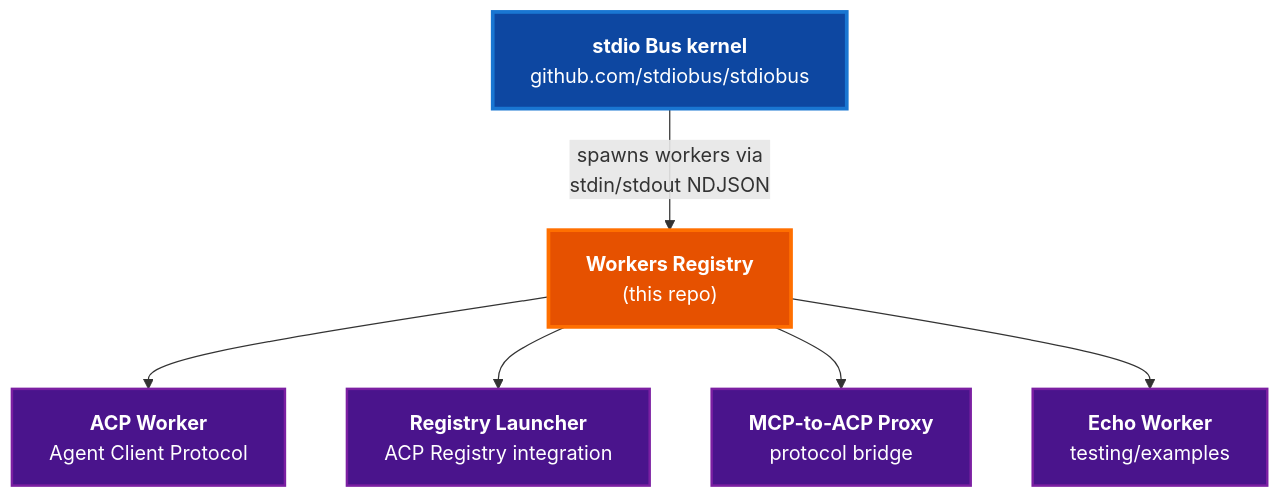
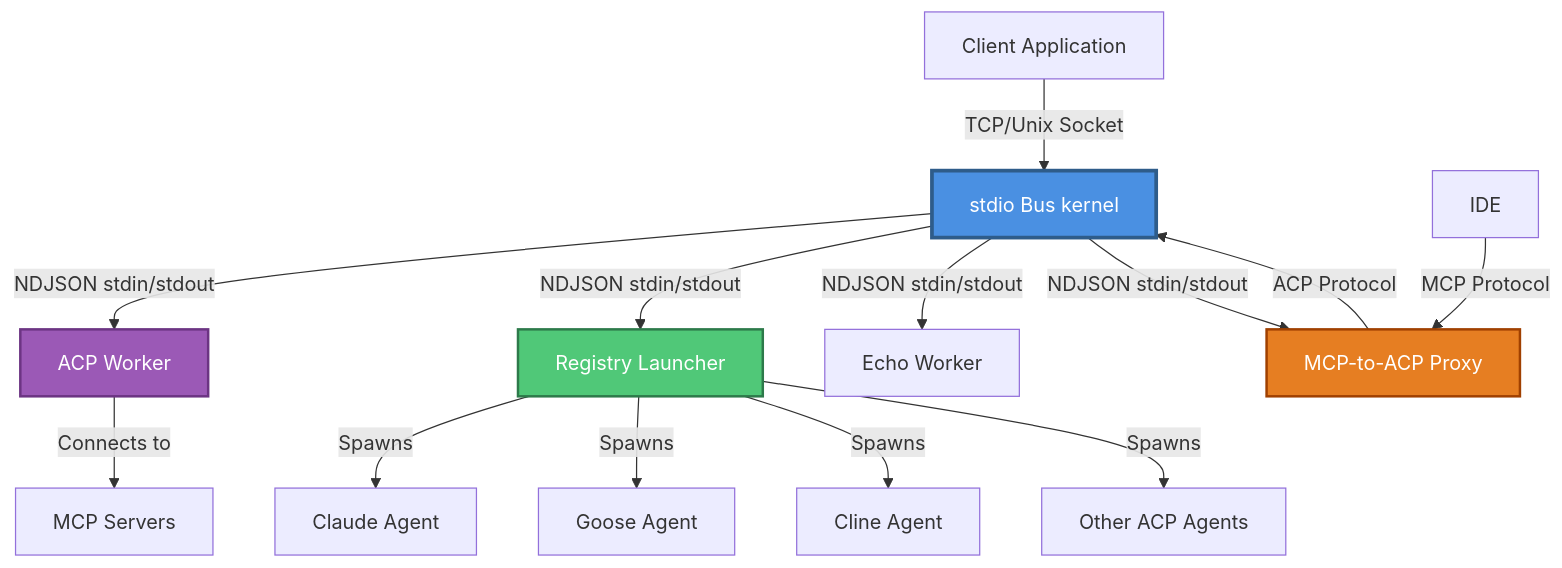
The diagram in README.md (stdiobus/workers-registry), drawn with Mermaid before and after one commit. The commit also changed other lines of this file and 6 other files, not shown here.

First line of the commit message:
feat(workers-registry): Expand documentation and add npm package metadata

````diff
--- a/README.md
+++ b/README.md
@@ -13,15 +39,23 @@
 ```mermaid
-graph TD
-    A["<b>stdio Bus kernel</b><br/>github.com/stdiobus/stdiobus"] -->|"spawns workers via<br/>stdin/stdout NDJSON"| B["<b>Workers Registry</b><br/>(this repo)"]
-    B --> C["<b>ACP Worker</b><br/>Agent Client Protocol"]
-    B --> D["<b>Registry Launcher</b><br/>ACP Registry integration"]
-    B --> E["<b>MCP-to-ACP Proxy</b><br/>protocol bridge"]
-    B --> F["<b>Echo Worker</b><br/>testing/examples"]
+graph TB
+    Client[Client Application] -->|TCP/Unix Socket| Kernel[stdio Bus kernel]
+    Kernel -->|NDJSON stdin/stdout| ACP[ACP Worker]
+    Kernel -->|NDJSON stdin/stdout| Registry[Registry Launcher]
+    Kernel -->|NDJSON stdin/stdout| Echo[Echo Worker]
+    Kernel -->|NDJSON stdin/stdout| Proxy[MCP-to-ACP Proxy]
     
-    style A fill:#0d47a1,stroke:#1976d2,stroke-width:3px,color:#fff
-    style B fill:#e65100,stroke:#ff6f00,stroke-width:3px,color:#fff
-    style C fill:#4a148c,stroke:#7b1fa2,stroke-width:2px,color:#fff
-    style D fill:#4a148c,stroke:#7b1fa2,stroke-width:2px,color:#fff
-    style E fill:#4a148c,stroke:#7b1fa2,stroke-width:2px,color:#fff
-    style F fill:#4a148c,stroke:#7b1fa2,stroke-width:2px,color:#fff
+    Registry -->|Spawns| Claude[Claude Agent]
+    Registry -->|Spawns| Goose[Goose Agent]
+    Registry -->|Spawns| Cline[Cline Agent]
+    Registry -->|Spawns| Other[Other ACP Agents]
+    
+    ACP -->|Connects to| MCP[MCP Servers]
+    
+    IDE[IDE] -->|MCP Protocol| Proxy
+    Proxy -->|ACP Protocol| Kernel
+    
+    style Kernel fill:#4a90e2,stroke:#2e5c8a,stroke-width:3px,color:#fff
+    style Registry fill:#50c878,stroke:#2d7a4a,stroke-width:2px,color:#fff
+    style ACP fill:#9b59b6,stroke:#6c3483,stroke-width:2px,color:#fff
+    style Proxy fill:#e67e22,stroke:#a04000,stroke-width:2px,color:#fff
 ```
````
